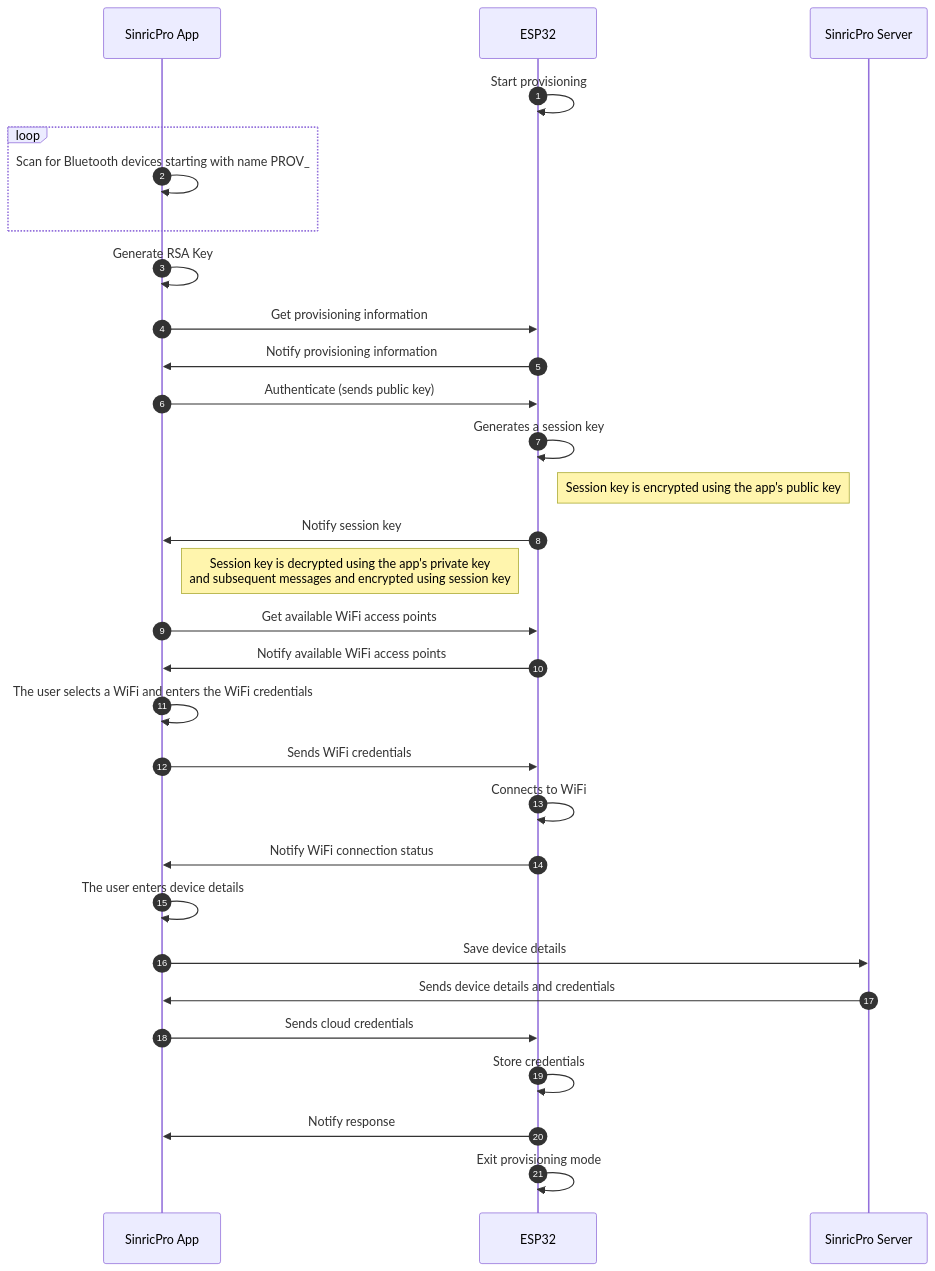
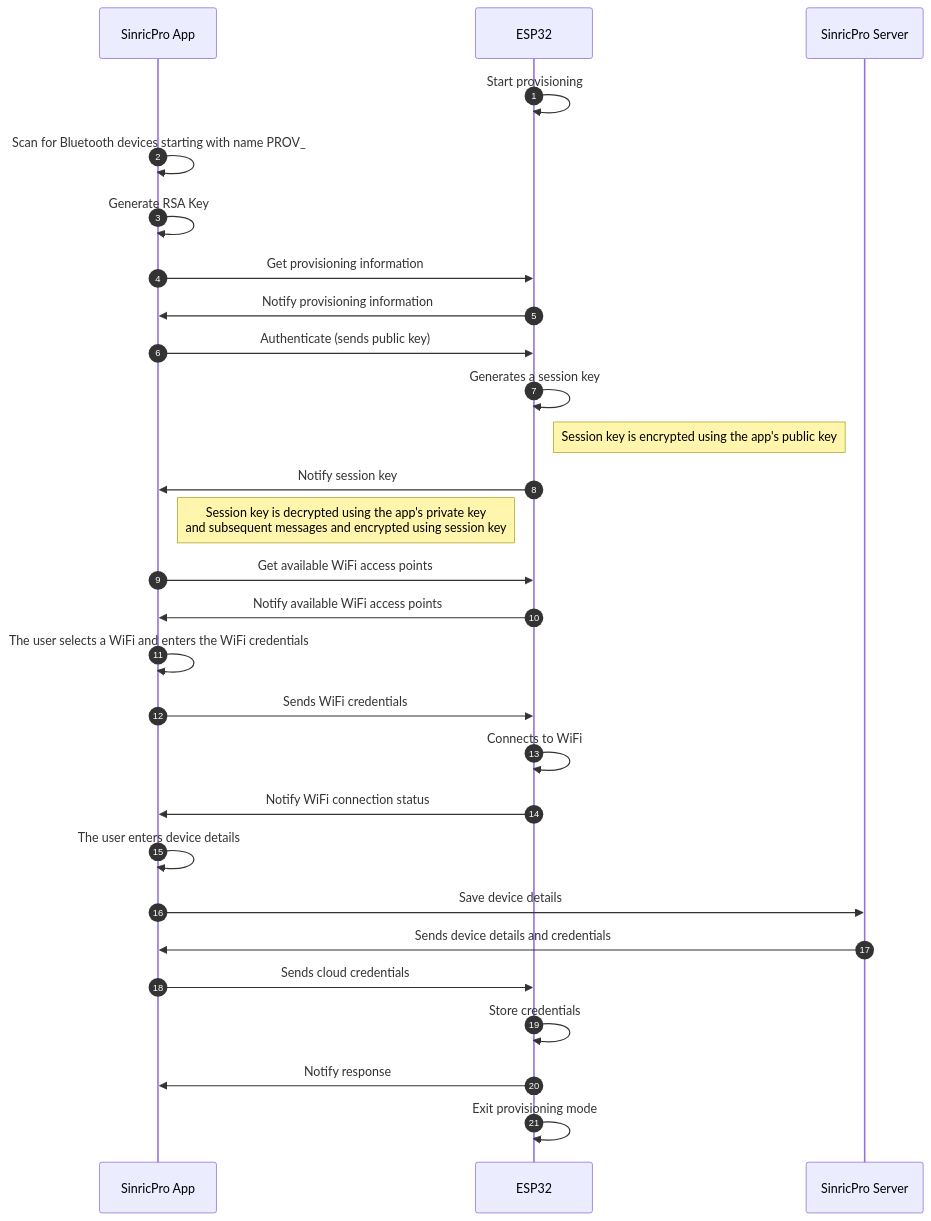
One commit to sinricpro/esp32-business-sdk changed the diagram in README.md. Above: the diagram before and after it, drawn with Mermaid. The commit also changed other lines of this file, not shown here.

Commit message:
Update README.md
Fix rendering error

````diff
--- a/README.md
+++ b/README.md
@@ -3,34 +4,32 @@
 ```mermaid
 sequenceDiagram
   autonumber
   participant srpa as SinricPro App
   participant esp32 as ESP32
   participant srps as SinricPro Server
   esp32->>esp32: Start provisioning   
-  loop
-    srpa->>srpa: Scan for Bluetooth devices starting with name PROV_
-  end 
+  srpa->>srpa: Scan for Bluetooth devices starting with name PROV_
   srpa->>srpa: Generate RSA Key   
   srpa->>esp32: Get provisioning information
   esp32->>srpa: Notify provisioning information
   srpa->>esp32: Authenticate (sends public key)
   esp32->>esp32: Generates a session key
   Note right of esp32:  Session key is encrypted using the app's public key
   esp32->>srpa: Notify session key
   Note right of srpa: Session key is decrypted using the app's private key <br/> and subsequent messages and encrypted using session key
   srpa->>esp32: Get available WiFi access points
   esp32->>srpa: Notify available WiFi access points
   srpa->>srpa: The user selects a WiFi and enters the WiFi credentials
   srpa->>esp32: Sends WiFi credentials
   esp32->>esp32: Connects to WiFi
   esp32->>srpa: Notify WiFi connection status
   srpa->>srpa: The user enters device details
   srpa->>srps: Save device details
   srps->>srpa: Sends device details and credentials
   srpa->>esp32: Sends cloud credentials
   esp32->>esp32: Store credentials
   esp32->>srpa: Notify response
   esp32->>esp32: Exit provisioning mode
 
   %% https://mermaid.js.org/syntax/sequenceDiagram.html
 ```
````
